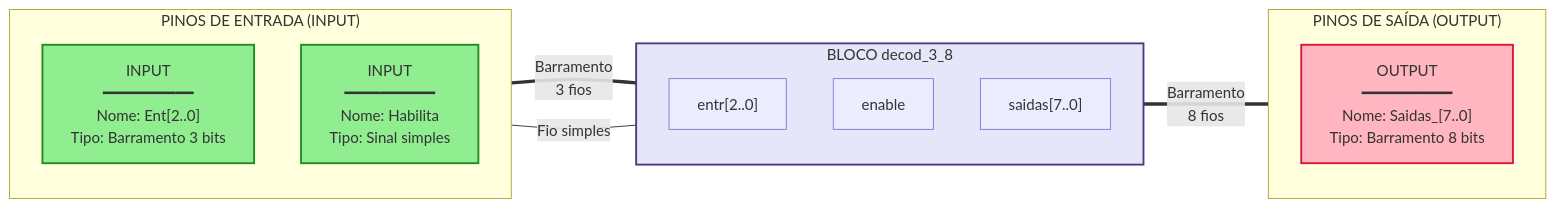
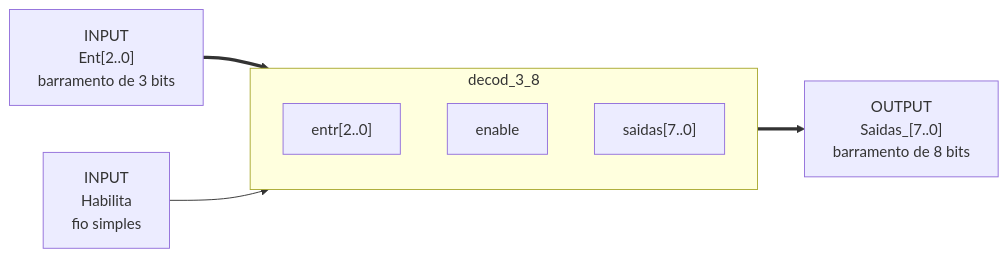
Before and after one commit to RxSaturn/Sistemas-Embarcados: the diagram in docs/listas/guia-lista-05.md, drawn with Mermaid. The commit also changed other lines of this file, not shown here.

````diff
--- a/docs/listas/guia-lista-05.md
+++ b/docs/listas/guia-lista-05.md
@@ -13,29 +24,18 @@
 ```mermaid
 flowchart LR
-    subgraph ENTRADAS ["PINOS DE ENTRADA (INPUT)"]
-        direction TB
-        IN1["INPUT<br/>━━━━━━━━━━<br/>Nome:  Ent[2..0]<br/>Tipo:  Barramento 3 bits"]
-        IN2["INPUT<br/>━━━━━━━━━━<br/>Nome: Habilita<br/>Tipo: Sinal simples"]
-    end
+    IN1["INPUT<br/>Ent[2..0]<br/>barramento de 3 bits"]
+    IN2["INPUT<br/>Habilita<br/>fio simples"]
 
-    subgraph BLOCO ["BLOCO decod_3_8"]
+    subgraph BLOCO ["decod_3_8"]
         direction TB
         B_ENT["entr[2..0]"]
         B_EN["enable"]
         B_SAID["saidas[7..0]"]
     end
 
-    subgraph SAIDAS ["PINOS DE SAÍDA (OUTPUT)"]
-        direction TB
-        OUT1["OUTPUT<br/>━━━━━━━━━━<br/>Nome: Saidas_[7..0]<br/>Tipo: Barramento 8 bits"]
-    end
+    OUT1["OUTPUT<br/>Saidas_[7..0]<br/>barramento de 8 bits"]
 
-    IN1 ===|"Barramento<br/>3 fios"| B_ENT
-    IN2 ---|"Fio simples"| B_EN
-    B_SAID ===|"Barramento<br/>8 fios"| OUT1
-
-    style IN1 fill:#90EE90,stroke:#228B22,stroke-width:2px
-    style IN2 fill:#90EE90,stroke:#228B22,stroke-width: 2px
-    style OUT1 fill:#FFB6C1,stroke:#DC143C,stroke-width:2px
-    style BLOCO fill:#E6E6FA,stroke:#483D8B,stroke-width: 2px
+    IN1 ==> B_ENT
+    IN2 --> B_EN
+    B_SAID ==> OUT1
 ```
````
